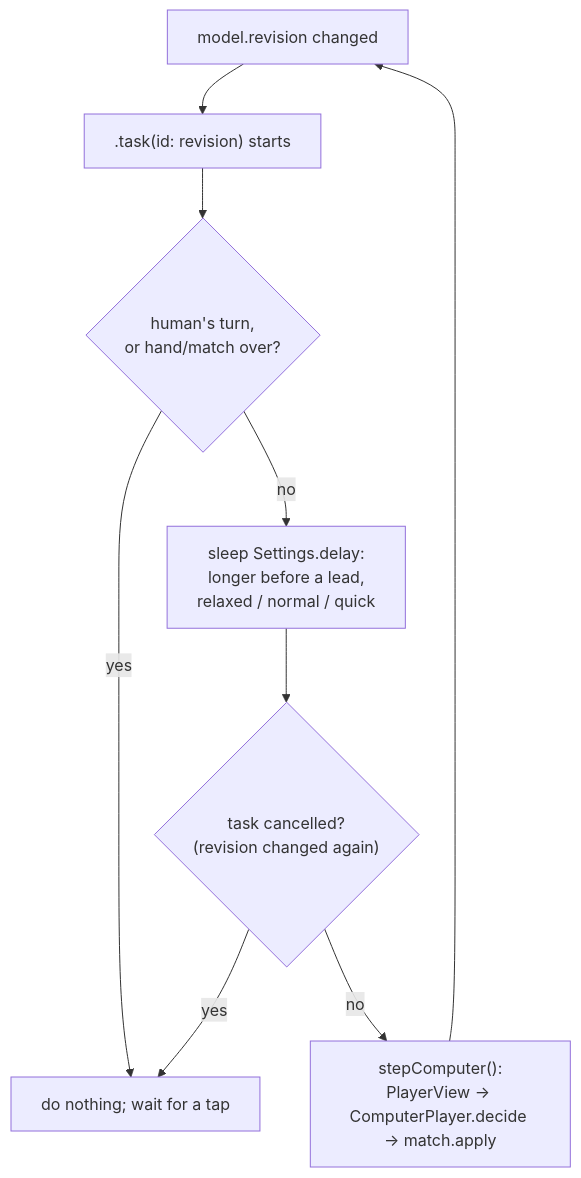
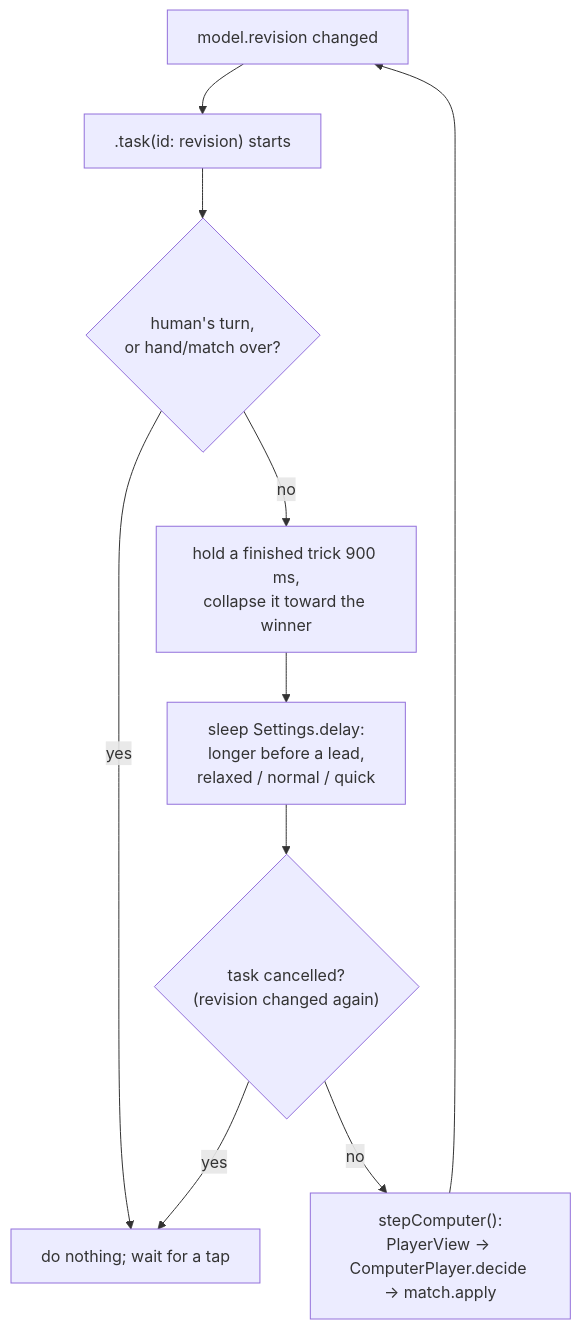
One commit to cmurphy1140/catch-5 changed the sixth of 8 diagrams in docs/game-flow.md. Above: the diagram before and after it, drawn with Mermaid. The commit also changed other lines of this file and 27 other files, not shown here.

````diff
--- a/docs/game-flow.md
+++ b/docs/game-flow.md
@@ -100,11 +100,12 @@
 ```mermaid
 flowchart TD
     R["model.revision changed"] --> T[".task(id: revision) starts"]
     T --> Q{"human's turn,<br/>or hand/match over?"}
     Q -- yes --> STOP["do nothing; wait for a tap"]
-    Q -- no --> S["sleep Settings.delay:<br/>longer before a lead,<br/>relaxed / normal / quick"]
+    Q -- no --> H["hold a finished trick 900 ms,<br/>collapse it toward the winner"]
+    H --> S["sleep Settings.delay:<br/>longer before a lead,<br/>relaxed / normal / quick"]
     S --> C{"task cancelled?<br/>(revision changed again)"}
     C -- yes --> STOP
     C -- no --> D["stepComputer():<br/>PlayerView → ComputerPlayer.decide → match.apply"]
     D --> R
 ```
````
